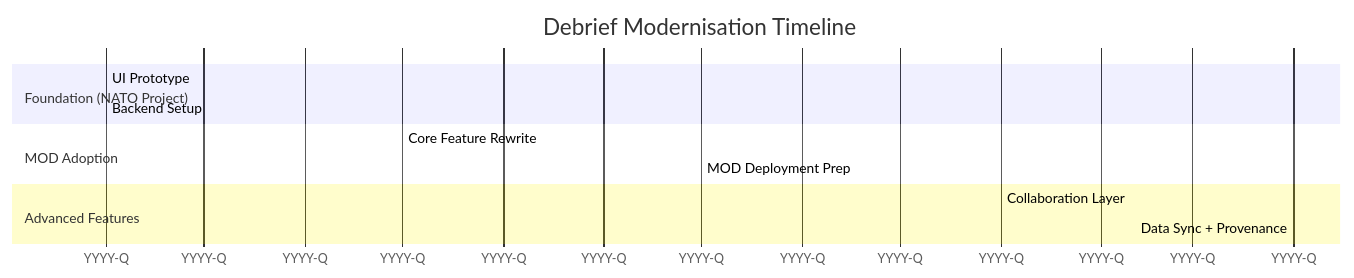
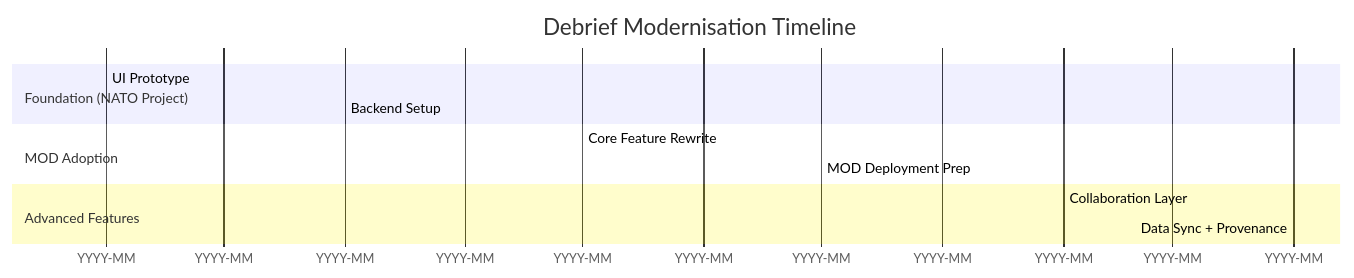
The diagram in future/value-proposition.md (debrief/debrief.github.io), drawn with Mermaid before and after one commit.

Commit message:
switch back to months

````diff
--- a/future/value-proposition.md
+++ b/future/value-proposition.md
@@ -61,15 +61,15 @@
 ``` mermaid
 gantt
   title Debrief Modernisation Timeline
-  dateFormat  YYYY-Q
-  axisFormat  YYYY-Q
+  dateFormat  YYYY-MM
+  axisFormat  YYYY-MM
   section Foundation (NATO Project)
-  UI Prototype        :done,    des1, 2025-2, 1m
-  Backend Setup       :done,    des2, 2025-2, 1m
+  UI Prototype        :done,    des1, 2025-06, 1m
+  Backend Setup       :done,    des2, 2025-08, 1m
   section MOD Adoption
-  Core Feature Rewrite:active,  feat1, 2025-3, 3m
-  MOD Deployment Prep :         feat2, 2025-4, 2m
+  Core Feature Rewrite:active,  feat1, 2025-10, 3m
+  MOD Deployment Prep :         feat2, 2025-12, 2m
   section Advanced Features
-  Collaboration Layer :         adv1,  2026-1, 2m
-  Data Sync + Provenance:       adv2,  2026-2, 2m
+  Collaboration Layer :         adv1,  2026-02, 2m
+  Data Sync + Provenance:       adv2,  2026-04, 2m
 ```
````
